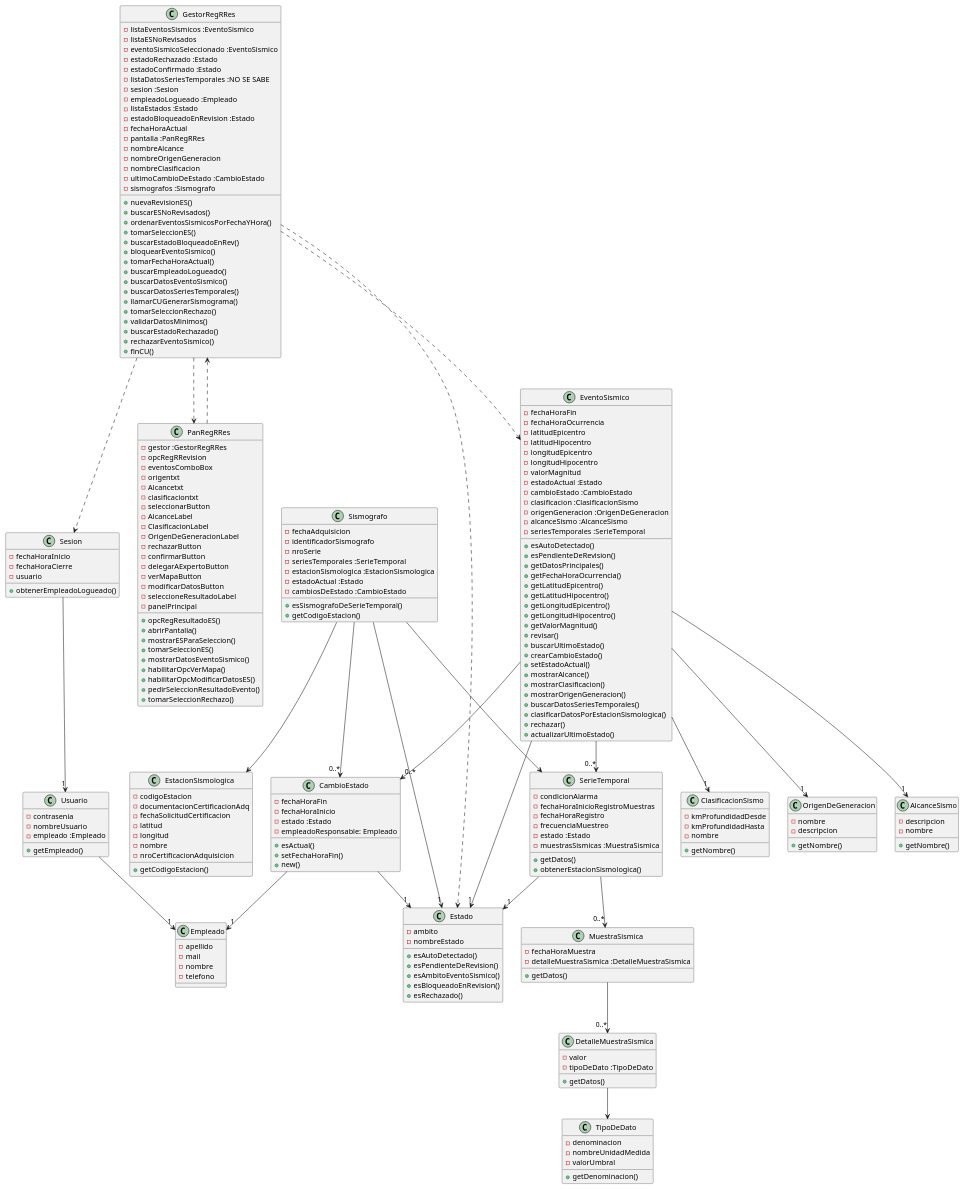
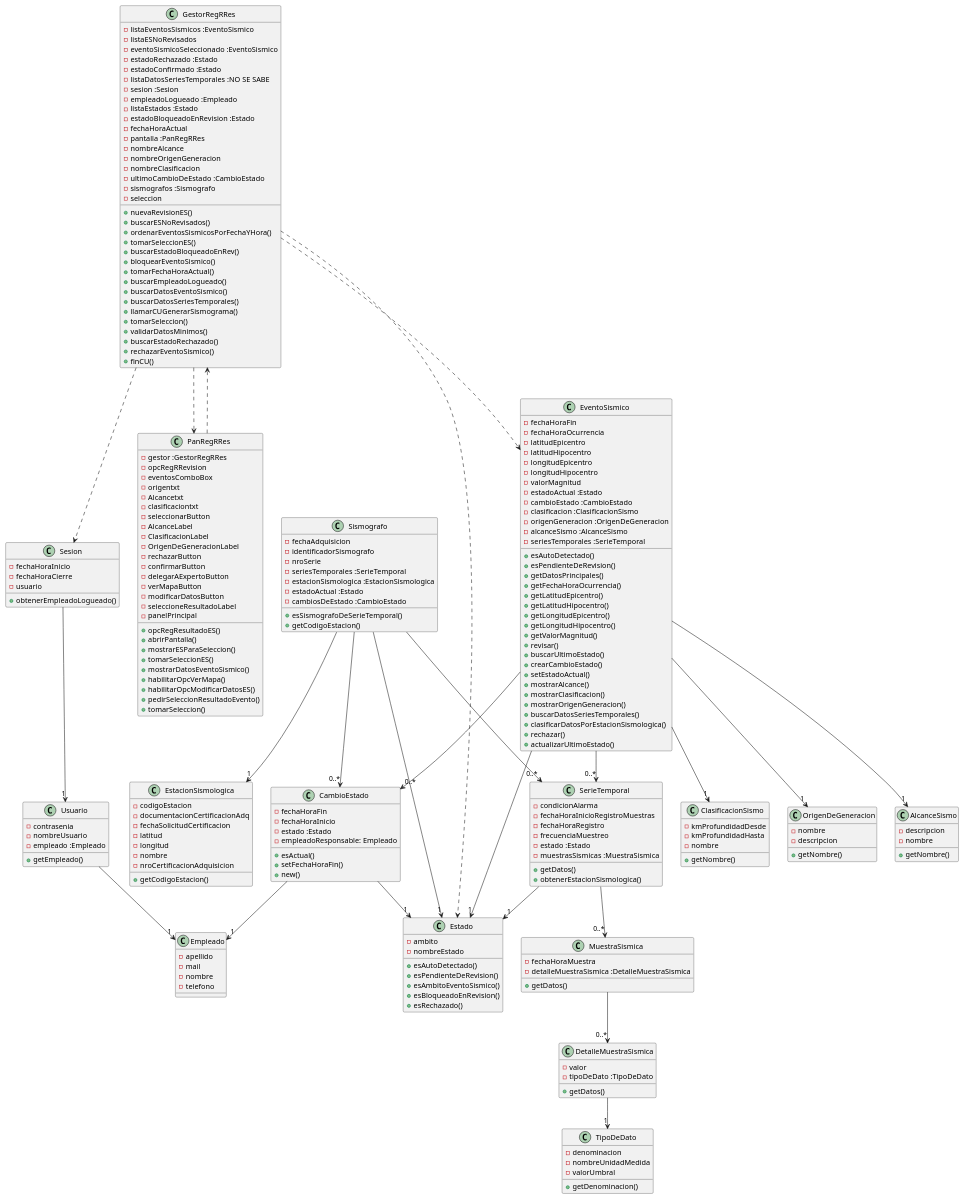
The diagram in diagrama-vista-estatica.wsd (santiwg/TPI-DS2025-G1), drawn with PlantUML before and after one commit.

Commit message:
Arreglo unas cosas y pongo seleccion en el gestor como placeholder

```diff
--- a/diagrama-vista-estatica.wsd
+++ b/diagrama-vista-estatica.wsd
@@ -18,6 +18,7 @@
     -nombreClasificacion
     -ultimoCambioDeEstado :CambioEstado
     -sismografos :Sismografo
+    -seleccion
 
     +nuevaRevisionES()
     +buscarESNoRevisados()
@@ -30,7 +31,7 @@
     +buscarDatosEventoSismico()
     +buscarDatosSeriesTemporales()
     +llamarCUGenerarSismograma()
-    +tomarSeleccionRechazo()
+    +tomarSeleccion()
     +validarDatosMinimos()
     +buscarEstadoRechazado()
     +rechazarEventoSismico()
@@ -64,7 +65,7 @@
     +habilitarOpcVerMapa()
     +habilitarOpcModificarDatosES()
     +pedirSeleccionResultadoEvento()
-    +tomarSeleccionRechazo()
+    +tomarSeleccion()
 }
 
 class AlcanceSismo{
@@ -270,9 +271,9 @@
 
 Sismografo -->"0..*" CambioEstado
 
-DetalleMuestraSismica --> TipoDeDato
+DetalleMuestraSismica -->"1" TipoDeDato
 
-Sismografo --> SerieTemporal
+Sismografo -->"0..*" SerieTemporal
 
-Sismografo --> EstacionSismologica
+Sismografo -->"1" EstacionSismologica
 @enduml
```
